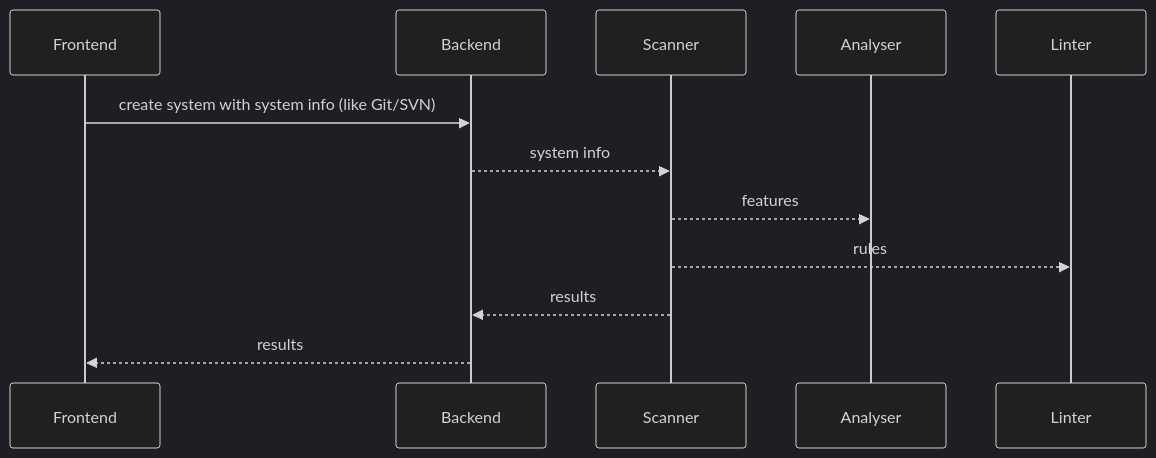
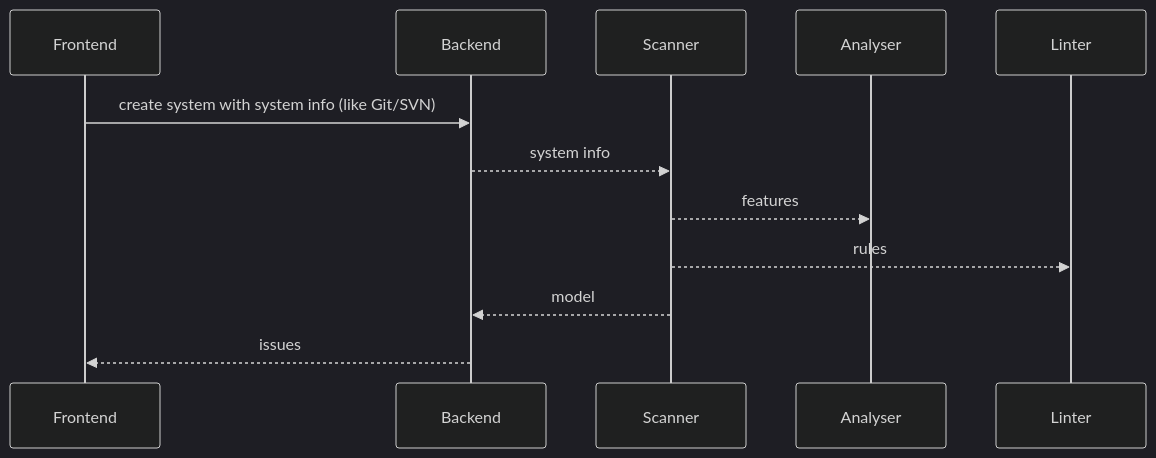
The diagram in profile/README.md (archguard/.github), drawn with Mermaid (dark theme) before and after one commit.

````diff
--- a/profile/README.md
+++ b/profile/README.md
@@ -7,9 +7,9 @@
 ```mermaid
 sequenceDiagram
     Frontend->>Backend: create system with system info (like Git/SVN)
     Backend-->>Scanner: system info
     Scanner-->>Analyser: features
     Scanner-->>Linter: rules
-    Scanner-->>Backend: results
-    Backend-->>Frontend: results
+    Scanner-->>Backend: model
+    Backend-->>Frontend: issues
 ```
````
